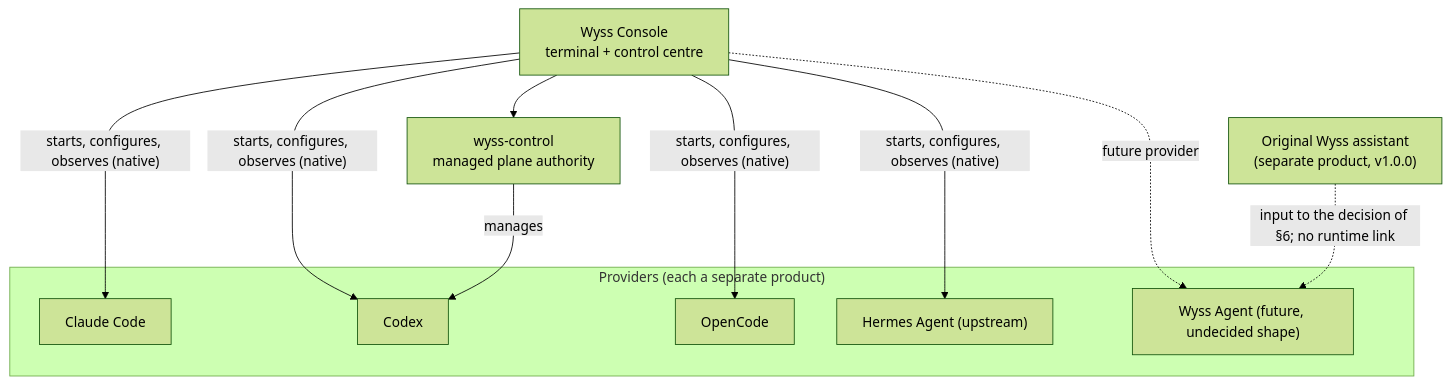
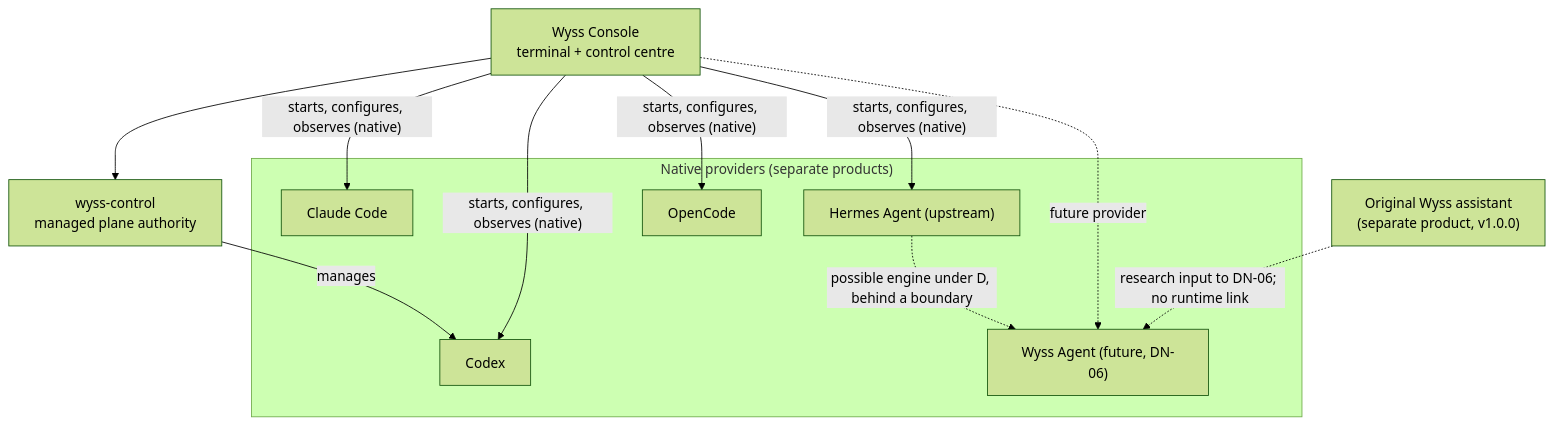
The diagram in docs/architecture/17-WYSS-AGENT-AND-HERMES.md (SaintWyss/wyss-console), drawn with Mermaid (forest theme) before and after one commit. The commit also changed other lines of this file and 7 other files, not shown here.

First line of the commit message:
docs: Wyss Agent and Hermes from read-only source research (17)

````diff
--- a/docs/architecture/17-WYSS-AGENT-AND-HERMES.md
+++ b/docs/architecture/17-WYSS-AGENT-AND-HERMES.md
@@ -144,15 +309,16 @@
 ```mermaid
 flowchart TB
   WC["Wyss Console<br/>terminal + control centre"]
   CTRL["wyss-control<br/>managed plane authority"]
-  subgraph Providers["Providers (each a separate product)"]
+  subgraph Providers["Native providers (separate products)"]
     CC["Claude Code"]; CX["Codex"]; OC["OpenCode"]; HM["Hermes Agent (upstream)"]
-    WA["Wyss Agent (future, undecided shape)"]
+    WA["Wyss Agent (future, DN-06)"]
   end
   OW["Original Wyss assistant<br/>(separate product, v1.0.0)"]
   WC --> CTRL
   WC -- "starts, configures, observes (native)" --> CC & CX & OC & HM
   CTRL -- "manages" --> CX
   WC -. "future provider" .-> WA
-  OW -. "input to the decision of §6; no runtime link" .-> WA
+  OW -. "research input to DN-06; no runtime link" .-> WA
+  HM -. "possible engine under D, behind a boundary" .-> WA
 ```
````
